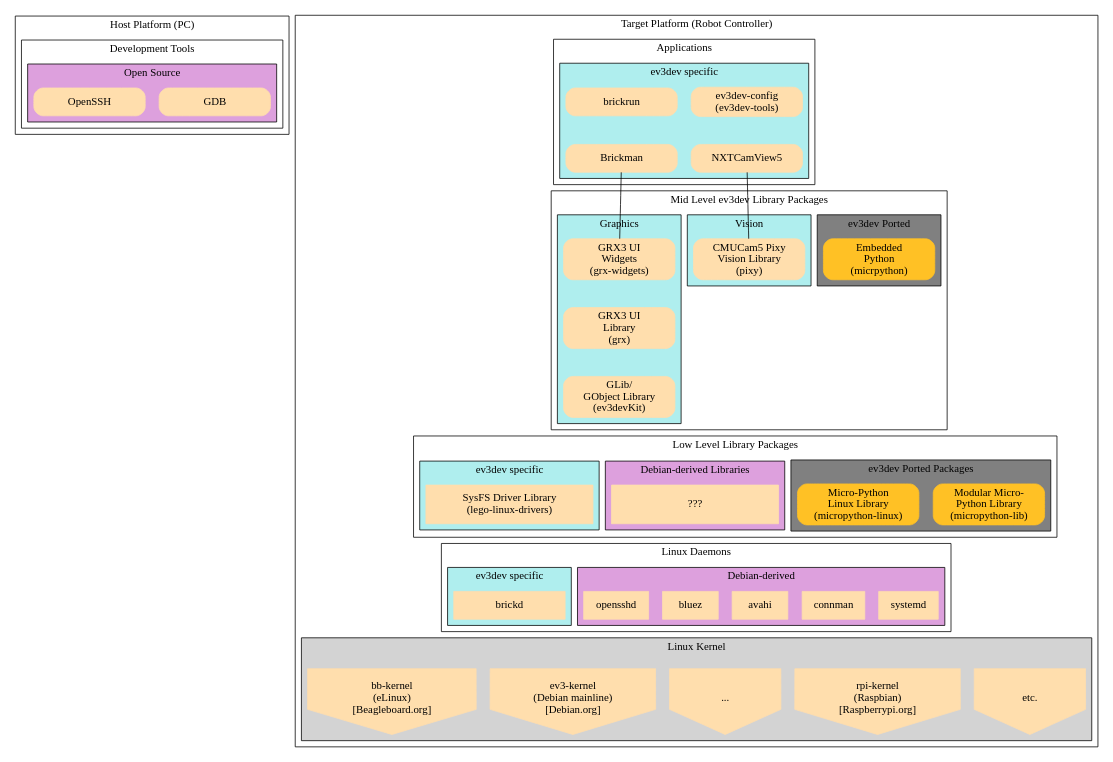
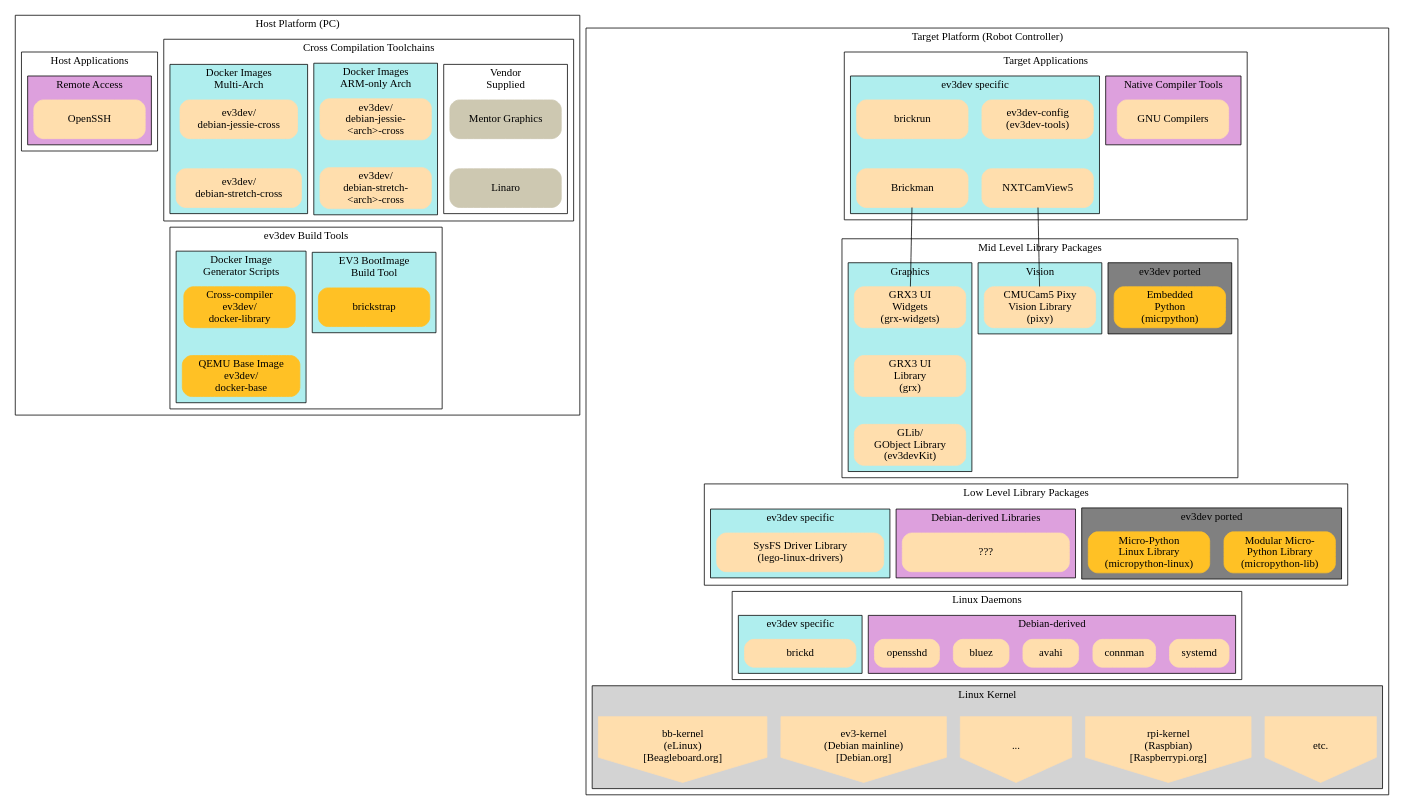
One commit to ev3dev/edu-docs changed the diagram in images/ev3dev-software-packages.dot. Above: the diagram before and after it, drawn with Graphviz.

Commit message:
Expanded details for Host packages

```diff
--- a/images/ev3dev-software-packages.dot
+++ b/images/ev3dev-software-packages.dot
@@ -7,16 +7,68 @@
 	subgraph cluster_150 {
 	
 		label = "Host Platform (PC)"
+
+		subgraph cluster_108 {
+			label = "Cross Compilation Toolchains";
+
+			subgraph cluster_107 {
+				label="Vendor\nSupplied";
+				style=filled;
+				fillcolor=white;
+				node [shape=rect,style="filled,rounded",color=cornsilk3,width=2,height=0.7];
+				"Mentor Graphics"--"Linaro"; 
+			};
+
+			subgraph cluster_106 {
+				label="Docker Images\nARM-only Arch";
+				style=filled;
+				fillcolor=paleturquoise;
+				node [shape=rect,style="filled,rounded",color=navajowhite,width=2,height=0.7];
+				"ev3dev/\ndebian-jessie-\n<arch>-cross"--"ev3dev/\ndebian-stretch-\n<arch>-cross"; 
+			};
+
+			subgraph cluster_105 {
+				label="Docker Images\nMulti-Arch";
+				style=filled;
+				fillcolor=paleturquoise;
+				node [shape=rect,style="filled,rounded",color=navajowhite,width=2,height=0.7];
+				"ev3dev/\ndebian-jessie-cross"--"ev3dev/\ndebian-stretch-cross"; 
+			};
+
+		};
+
+		subgraph cluster_104 {
+			label="ev3dev Build Tools";
+			
+			subgraph cluster_103 {
+				label="EV3 BootImage\nBuild Tool";
+				style=filled;
+				fillcolor=paleturquoise;
+				node [shape=rect,style="filled,rounded",color=goldenrod1,width=2,height=0.7];
+				"brickstrap"; 
+			};
+
+			subgraph cluster_102 {
+				label="Docker Image\nGenerator Scripts";
+				style=filled;
+				fillcolor=paleturquoise;
+				node [shape=rect,style="filled,rounded",color=goldenrod1,width=2,height=0.7];
+				"Cross-compiler\nev3dev/\ndocker-library"--"QEMU Base Image\nev3dev/\ndocker-base"; 
+			};
+	
+		};
+		"ev3dev/\ndebian-stretch-\n<arch>-cross"--"brickstrap";		// Dummy link for stacking
+		"ev3dev/\ndebian-stretch-cross"--"Cross-compiler\nev3dev/\ndocker-library"		// Dummy link for stacking
+
 		subgraph cluster_101 {
-			label = "Development Tools";
+			label = "Host Applications";
 			subgraph cluster_100 {
-				label="Open Source";
+				label="Remote Access";
 				style=filled;
 				fillcolor=plum;
-				node [shape=rect,style="filled,rounded",color=navajowhite,width=2];
-				"GDB"; "OpenSSH"; 
+				node [shape=rect,style="filled,rounded",color=navajowhite,width=2,height=0.7];
+				"OpenSSH"; 
 			};
-		
 		};
 	
 	};
@@ -25,13 +77,22 @@
 
 		label = "Target Platform (Robot Controller)";
 	
-		subgraph cluster_13 {
-			label = "Applications";
+		subgraph cluster_14 {
+			label = "Target Applications";
+			
+			subgraph cluster_13 {
+				label="Native Compiler Tools";
+				style=filled;
+				fillcolor=plum;
+				node [shape=rect,style="filled,rounded",color=navajowhite,width=2,height=0.7];
+				"GNU Compilers";
+			};
+			
 			subgraph cluster_12 {
 				label="ev3dev specific";
 				style=filled;
 				fillcolor=paleturquoise;
-				node [shape=rect,style="filled,rounded",color=navajowhite,width=2];
+				node [shape=rect,style="filled,rounded",color=navajowhite,width=2,height=0.7];
 				"ev3dev-config\n(ev3dev-tools)"; "brickrun"; 
 				"Brickman"; "NXTCamView5";
 				"brickrun"--"Brickman";	// Dummy link for stacking
@@ -41,10 +102,10 @@
 		};
 		
 		subgraph cluster_11 {
-			label = "Mid Level ev3dev Library Packages";
+			label = "Mid Level Library Packages";
 
 			subgraph cluster_10 {
-				label="ev3dev Ported";
+				label="ev3dev ported";
 				style=filled;
 				fillcolor=grey;
 				node [shape=rect,style="filled,rounded",color=goldenrod1,width=2];
@@ -77,7 +138,7 @@
 			label = "Low Level Library Packages";
 
 			subgraph cluster_6 {
-				label="ev3dev Ported Packages";
+				label="ev3dev ported";
 				style=filled;
 				fillcolor=grey;
 				node [shape=rect,style="filled,rounded",color=goldenrod1,width=2,height=0.7];
@@ -89,7 +150,7 @@
 				label = "Debian-derived Libraries";
 				style=filled;
 				fillcolor=plum;
-				node [shape=rect,style=filled,color=navajowhite,width=3,height=0.7];
+				node [shape=rect,style="filled,rounded",color=navajowhite,width=3,height=0.7];
 				"???"
 			};
 
@@ -97,7 +158,7 @@
 			label = "ev3dev specific";
 			style=filled;
 			fillcolor=paleturquoise;
-			node [shape=rect,style=filled,color=navajowhite,width=3,height=0.7];
+			node [shape=rect,style="filled,rounded",color=navajowhite,width=3,height=0.7];
 			"SysFS Driver Library\n(lego-linux-drivers)";
 
 			};
@@ -111,7 +172,7 @@
 				label = "Debian-derived";
 				style=filled;
 				fillcolor=plum;
-				node [shape=rect,style=filled,color=navajowhite,width=1];
+				node [shape=rect,style="filled,rounded",color=navajowhite,width=1];
 				rank = same;
 				"systemd"; "connman"; "avahi"; "bluez"; "opensshd"; 
 			};
@@ -120,7 +181,7 @@
 				label = "ev3dev specific";
 				style=filled;
 				fillcolor=paleturquoise;
-				node [shape=rect,style=filled,color=navajowhite,width=2];
+				node [shape=rect,style="filled,rounded",color=navajowhite,width=2];
 				rank = same;
 				"brickd";
 			};
```
